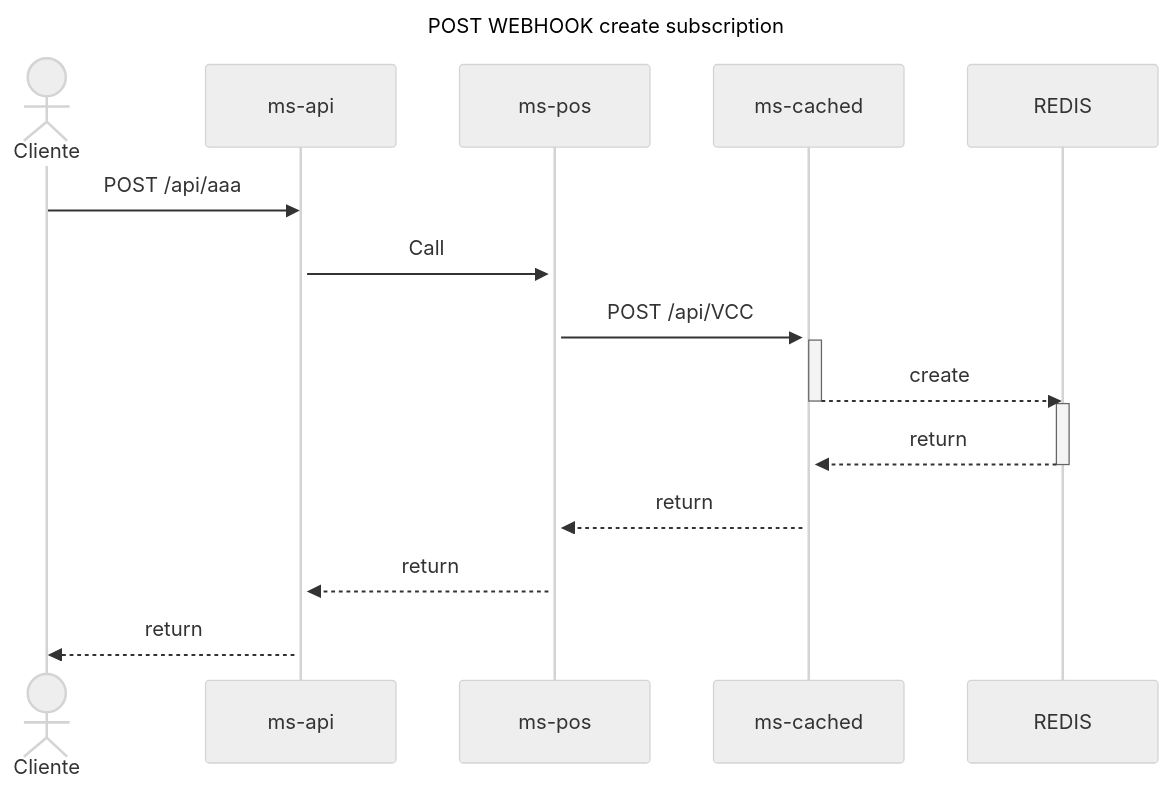
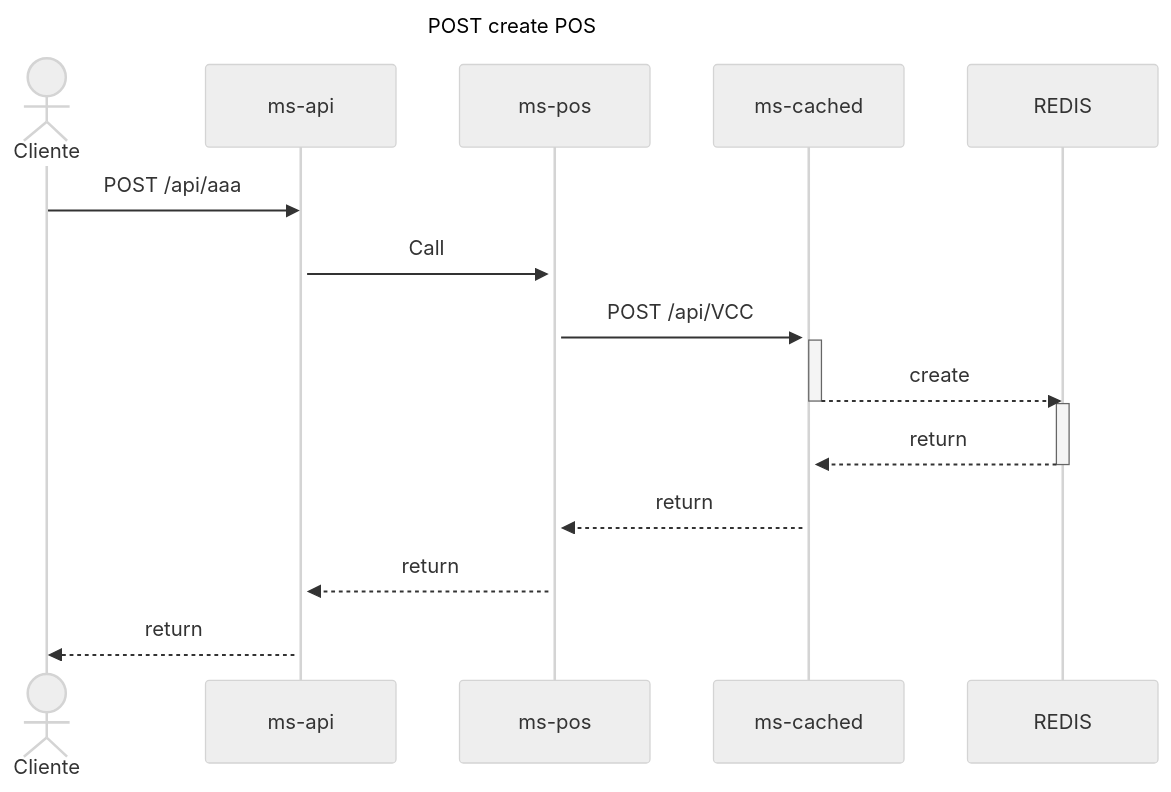
The diagram in README.md (sailenicolas/JavaChallenge), drawn with Mermaid (neutral theme) before and after one commit.

Commit message:
Fix mermaid syntax in README.md

````diff
--- a/README.md
+++ b/README.md
@@ -18,24 +18,24 @@
-:::mermaid
+```mermaid
 sequenceDiagram
-title POST WEBHOOK create subscription
+title POST create POS
     actor Cliente
     participant api as ms-api
     participant pos as ms-pos
     participant cached as ms-cached
     participant datos as REDIS
     Cliente->>api: POST /api/aaa
     activate api
     activate pos
     api->>pos: Call
     activate cached
     pos->>cached: POST /api/VCC
     activate cached
     cached -->> datos: create
     deactivate cached
     activate datos
     datos -->> cached: return
     deactivate datos
     cached -->> pos: return
     pos -->> api: return
     api -->> Cliente: return
-:::
+```
````
